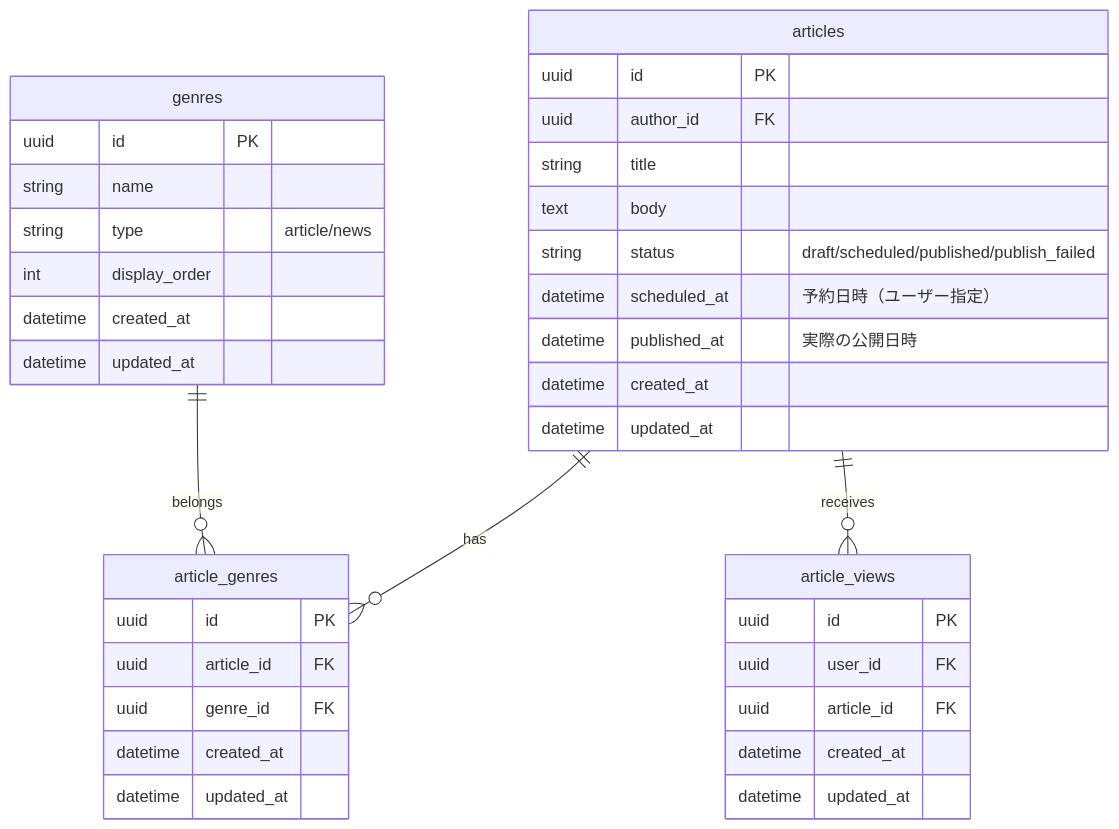
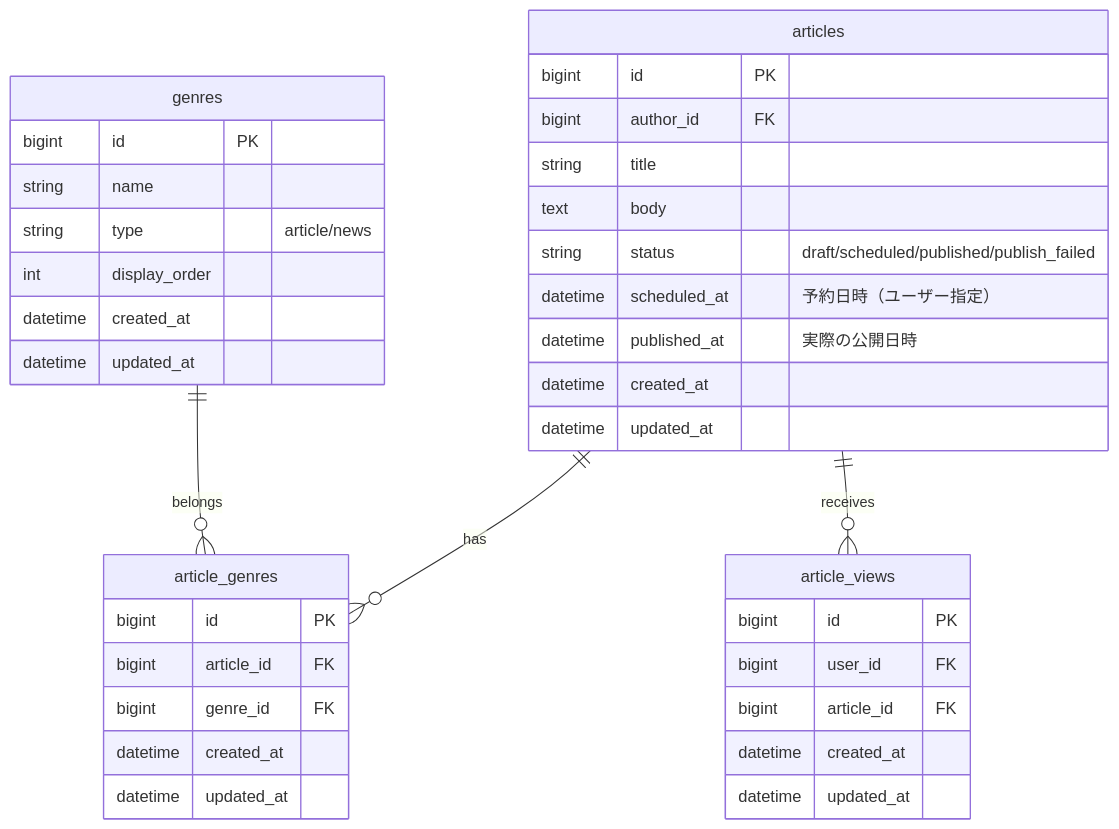
One commit to RRRRRRR-777/SikouLab changed the first of 3 diagrams in docs/functions/article/home.md. Above: the diagram before and after it, drawn with Mermaid. The commit also changed 19 other files, not shown here.

````diff
--- a/docs/functions/article/home.md
+++ b/docs/functions/article/home.md
@@ -87,44 +87,44 @@
 ```mermaid
 erDiagram
     %% 正: docs/versions/1_0_0/data-model.md
     articles ||--o{ article_genres : "has"
     genres ||--o{ article_genres : "belongs"
     articles ||--o{ article_views : "receives"
 
     articles {
-        uuid id PK
-        uuid author_id FK
+        bigint id PK
+        bigint author_id FK
         string title
         text body
         string status "draft/scheduled/published/publish_failed"
         datetime scheduled_at "予約日時（ユーザー指定）"
         datetime published_at "実際の公開日時"
         datetime created_at
         datetime updated_at
     }
 
     article_genres {
-        uuid id PK
-        uuid article_id FK
-        uuid genre_id FK
+        bigint id PK
+        bigint article_id FK
+        bigint genre_id FK
         datetime created_at
         datetime updated_at
     }
 
     genres {
-        uuid id PK
+        bigint id PK
         string name
         string type "article/news"
         int display_order
         datetime created_at
         datetime updated_at
     }
 
     article_views {
-        uuid id PK
-        uuid user_id FK
-        uuid article_id FK
+        bigint id PK
+        bigint user_id FK
+        bigint article_id FK
         datetime created_at
         datetime updated_at
     }
 ```
````
